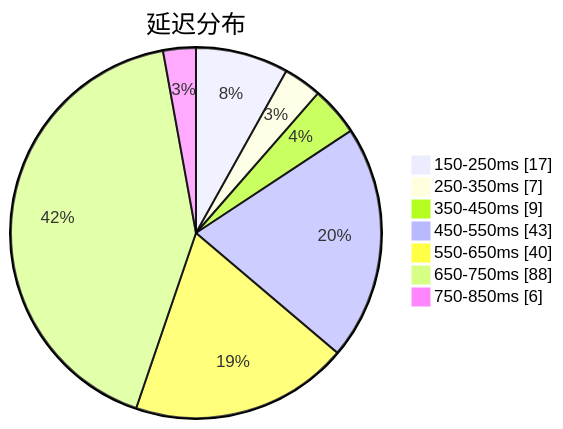
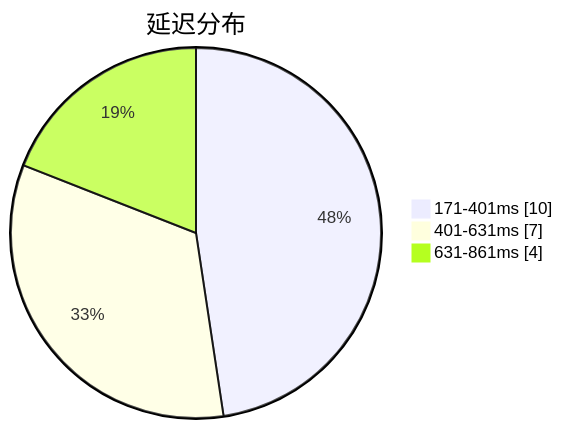
One commit to sinspired/airport changed the first of 3 diagrams in subs/statistics/tested_within.md. Above: the diagram before and after it, drawn with Mermaid. The commit also changed other lines of this file and 2 other files, not shown here.

````diff
--- a/subs/statistics/tested_within.md
+++ b/subs/statistics/tested_within.md
@@ -2,11 +2,7 @@
 ```mermaid
 pie showData
 title 延迟分布
-"150-250ms" : 17
-"250-350ms" : 7
-"350-450ms" : 9
-"450-550ms" : 43
-"550-650ms" : 40
-"650-750ms" : 88
-"750-850ms" : 6
+"171-401ms" : 10
+"401-631ms" : 7
+"631-861ms" : 4
 ```
````
